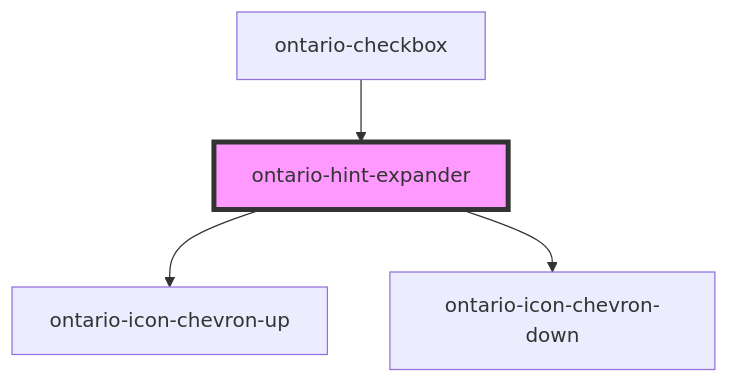
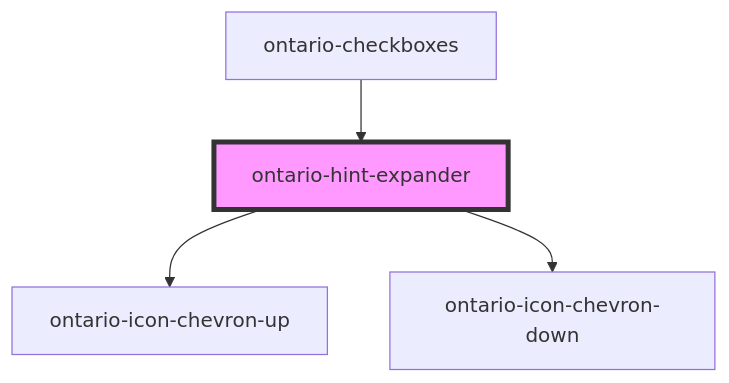
One commit to ongov/ontario-design-system changed the diagram in packages/ontario-design-system-component-library/src/components/ontario-hint-expander/readme.md. Above: the diagram before and after it, drawn with Mermaid. The commit also changed other lines of this file and 3 other files, not shown here.

````diff
--- a/packages/ontario-design-system-component-library/src/components/ontario-hint-expander/readme.md
+++ b/packages/ontario-design-system-component-library/src/components/ontario-hint-expander/readme.md
@@ -37,7 +37,7 @@
 ```mermaid
 graph TD;
   ontario-hint-expander --> ontario-icon-chevron-up
   ontario-hint-expander --> ontario-icon-chevron-down
-  ontario-checkbox --> ontario-hint-expander
+  ontario-checkboxes --> ontario-hint-expander
   style ontario-hint-expander fill:#f9f,stroke:#333,stroke-width:4px
 ```
````
